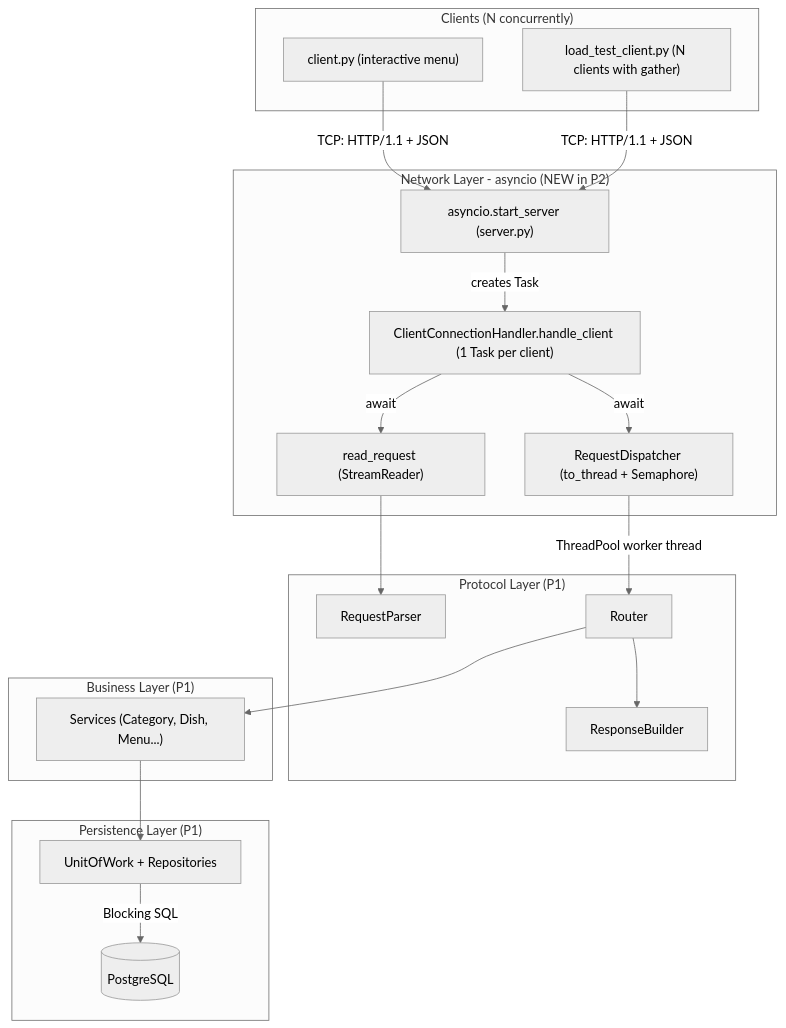
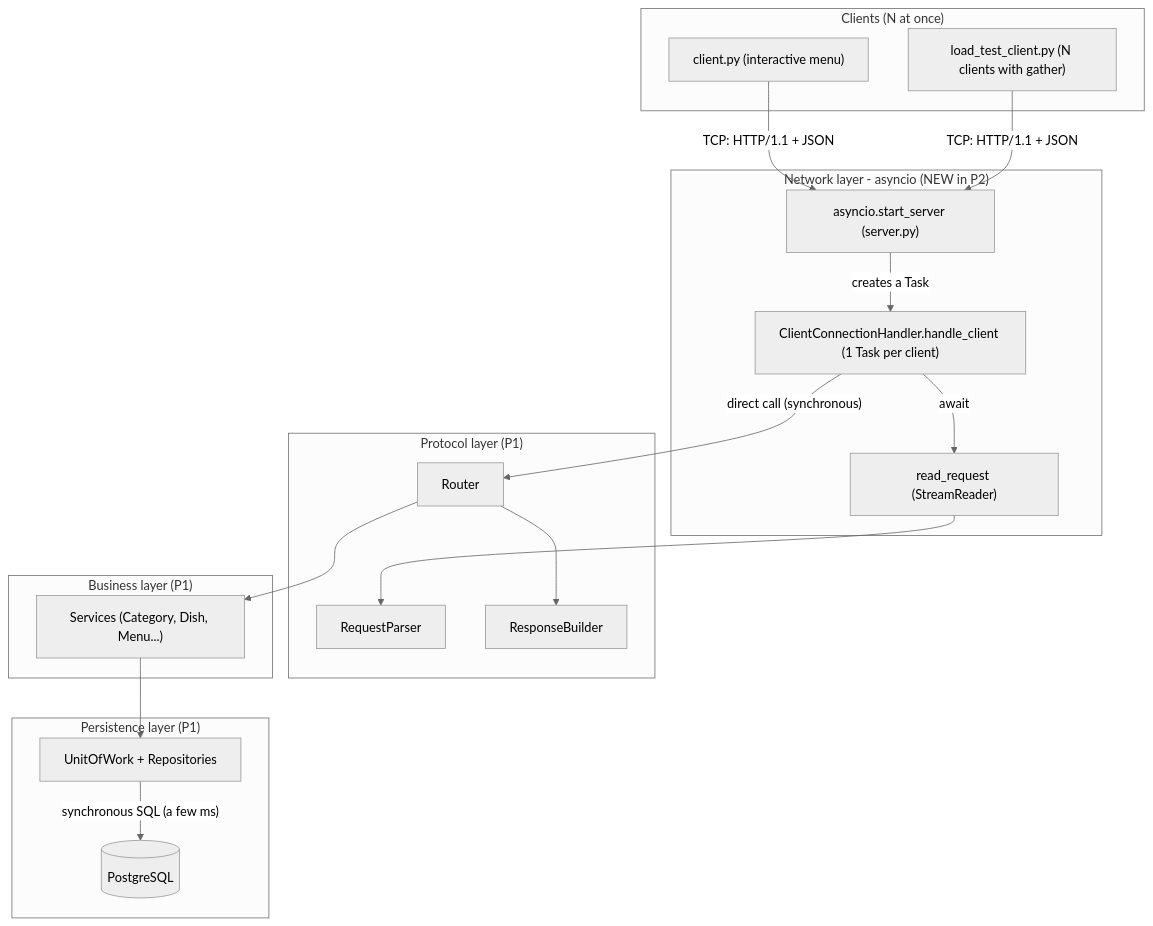
One commit to MarcCodinaLlonch/restaurant_backoffice changed the first of 3 diagrams in docs/ARCHITECTURE_ENG.md. Above: the diagram before and after it, drawn with Mermaid (neutral theme). The commit also changed other lines of this file and 19 other files, not shown here.

Commit message:
docs: synchronous DB called directly, updated diagrams, DB impact analysis and evidence

````diff
--- a/docs/ARCHITECTURE_ENG.md
+++ b/docs/ARCHITECTURE_ENG.md
@@ -16,41 +16,39 @@
 ```mermaid
 flowchart TD
-    subgraph CLIENTS["Clients (N concurrently)"]
+    subgraph CLIENTS["Clients (N at once)"]
         C1["client.py (interactive menu)"]
         C2["load_test_client.py (N clients with gather)"]
     end
 
-    subgraph NET["Network Layer - asyncio (NEW in P2)"]
+    subgraph NET["Network layer - asyncio (NEW in P2)"]
         SS["asyncio.start_server (server.py)"]
         CH["ClientConnectionHandler.handle_client (1 Task per client)"]
         RR["read_request (StreamReader)"]
-        RD["RequestDispatcher (to_thread + Semaphore)"]
     end
 
-    subgraph PROTO["Protocol Layer (P1)"]
+    subgraph PROTO["Protocol layer (P1)"]
         RP["RequestParser"]
         RT["Router"]
         RB["ResponseBuilder"]
     end
 
-    subgraph BUS["Business Layer (P1)"]
+    subgraph BUS["Business layer (P1)"]
         SV["Services (Category, Dish, Menu...)"]
     end
 
-    subgraph PERS["Persistence Layer (P1)"]
+    subgraph PERS["Persistence layer (P1)"]
         UOW["UnitOfWork + Repositories"]
         DB[("PostgreSQL")]
     end
 
     C1 -- "TCP: HTTP/1.1 + JSON" --> SS
     C2 -- "TCP: HTTP/1.1 + JSON" --> SS
-    SS -- "creates Task" --> CH
+    SS -- "creates a Task" --> CH
     CH -- "await" --> RR
     RR --> RP
-    CH -- "await" --> RD
-    RD -- "ThreadPool worker thread" --> RT
+    CH -- "direct call (synchronous)" --> RT
     RT --> SV
     SV --> UOW
-    UOW -- "Blocking SQL" --> DB
+    UOW -- "synchronous SQL (a few ms)" --> DB
     RT --> RB
 ```
````
